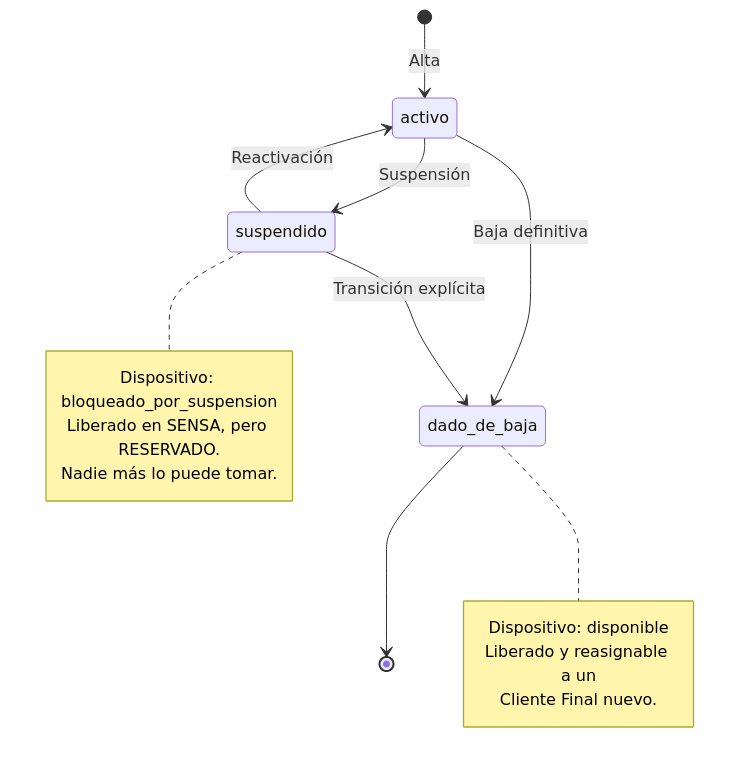
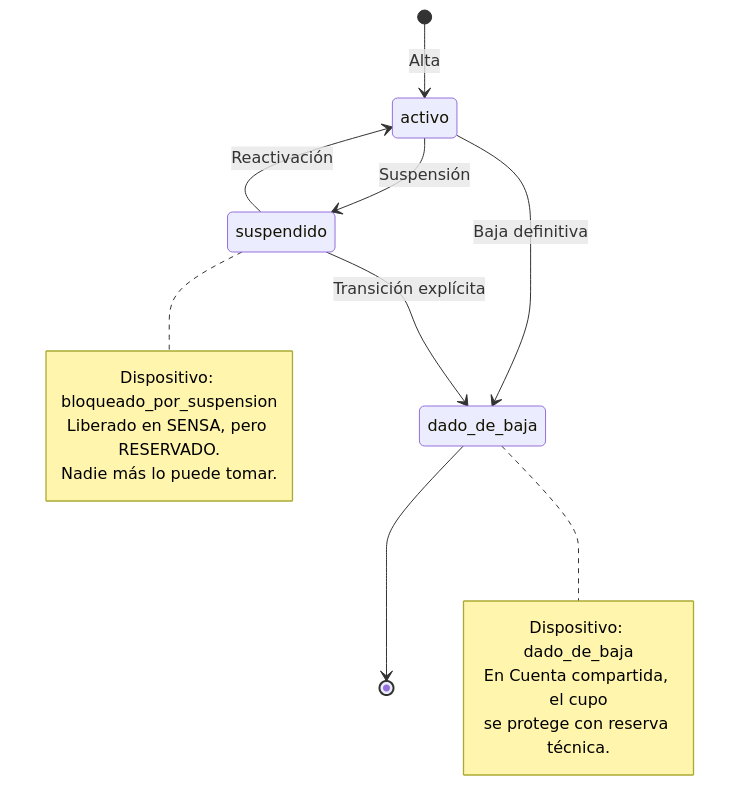
The diagram in vault/10 - Negocio/Ciclo de vida del Cliente Final.md (Leonel-18/iptvcontrol), drawn with Mermaid before and after one commit. The commit also changed other lines of this file and 115 other files, not shown here.

````diff
--- a/vault/10 - Negocio/Ciclo de vida del Cliente Final.md
+++ b/vault/10 - Negocio/Ciclo de vida del Cliente Final.md
@@ -12,21 +12,21 @@
 ```mermaid
 stateDiagram-v2
     [*] --> activo: Alta
     activo --> suspendido: Suspensión
     suspendido --> activo: Reactivación
     activo --> dado_de_baja: Baja definitiva
     suspendido --> dado_de_baja: Transición explícita
     dado_de_baja --> [*]
 
     note right of suspendido
         Dispositivo: bloqueado_por_suspension
         Liberado en SENSA, pero RESERVADO.
         Nadie más lo puede tomar.
     end note
 
     note right of dado_de_baja
-        Dispositivo: disponible
-        Liberado y reasignable a un
-        Cliente Final nuevo.
+        Dispositivo: dado_de_baja
+        En Cuenta compartida, el cupo
+        se protege con reserva técnica.
     end note
 ```
````
